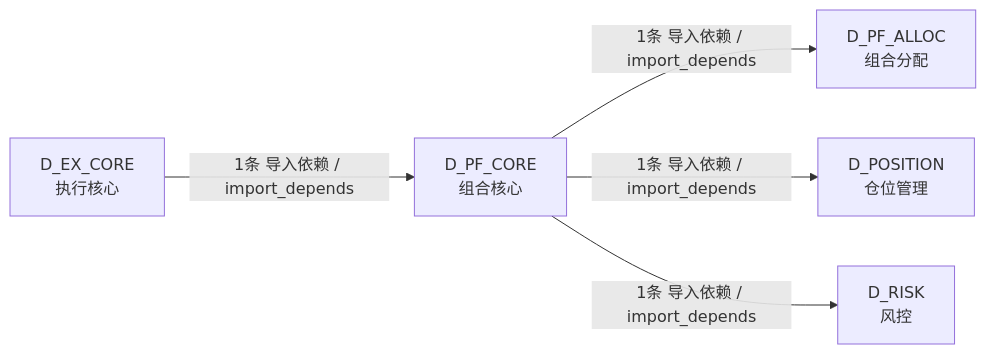
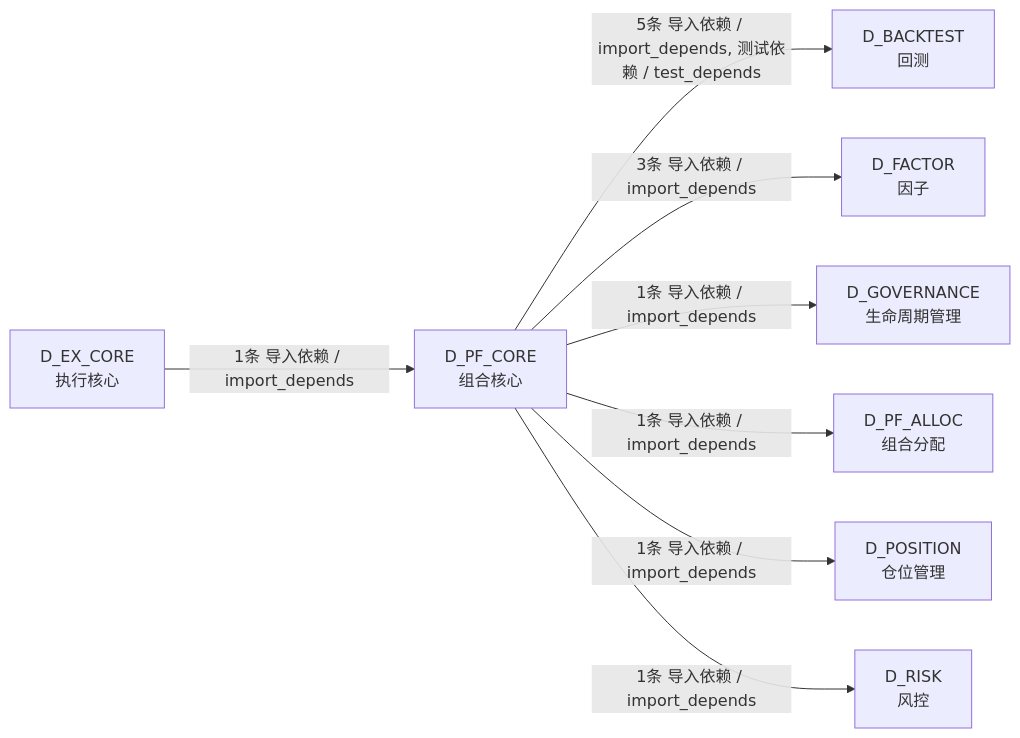
One commit to xuanFelixVan/ZephyrAlpha changed the fourth of 4 diagrams in docs/02_enterprise_architecture/02_domain_architecture_docs/63_d_pf_core.md. Above: the diagram before and after it, drawn with Mermaid. The commit also changed other lines of this file and 42 other files, not shown here.

````diff
--- a/docs/02_enterprise_architecture/02_domain_architecture_docs/63_d_pf_core.md
+++ b/docs/02_enterprise_architecture/02_domain_architecture_docs/63_d_pf_core.md
@@ -149,12 +203,18 @@
 ```mermaid
 graph LR
     D_PF_CORE["D_PF_CORE<br/>组合核心"]
+    D_BACKTEST["D_BACKTEST<br/>回测"]
+    D_FACTOR["D_FACTOR<br/>因子"]
+    D_GOVERNANCE["D_GOVERNANCE<br/>生命周期管理"]
     D_PF_ALLOC["D_PF_ALLOC<br/>组合分配"]
     D_POSITION["D_POSITION<br/>仓位管理"]
     D_RISK["D_RISK<br/>风控"]
     D_EX_CORE["D_EX_CORE<br/>执行核心"]
+    D_PF_CORE -->|5条 导入依赖 / import_depends, 测试依赖 / test_depends| D_BACKTEST
+    D_PF_CORE -->|3条 导入依赖 / import_depends| D_FACTOR
+    D_PF_CORE -->|1条 导入依赖 / import_depends| D_GOVERNANCE
     D_PF_CORE -->|1条 导入依赖 / import_depends| D_PF_ALLOC
     D_PF_CORE -->|1条 导入依赖 / import_depends| D_POSITION
     D_PF_CORE -->|1条 导入依赖 / import_depends| D_RISK
     D_EX_CORE -->|1条 导入依赖 / import_depends| D_PF_CORE
 ```
````
